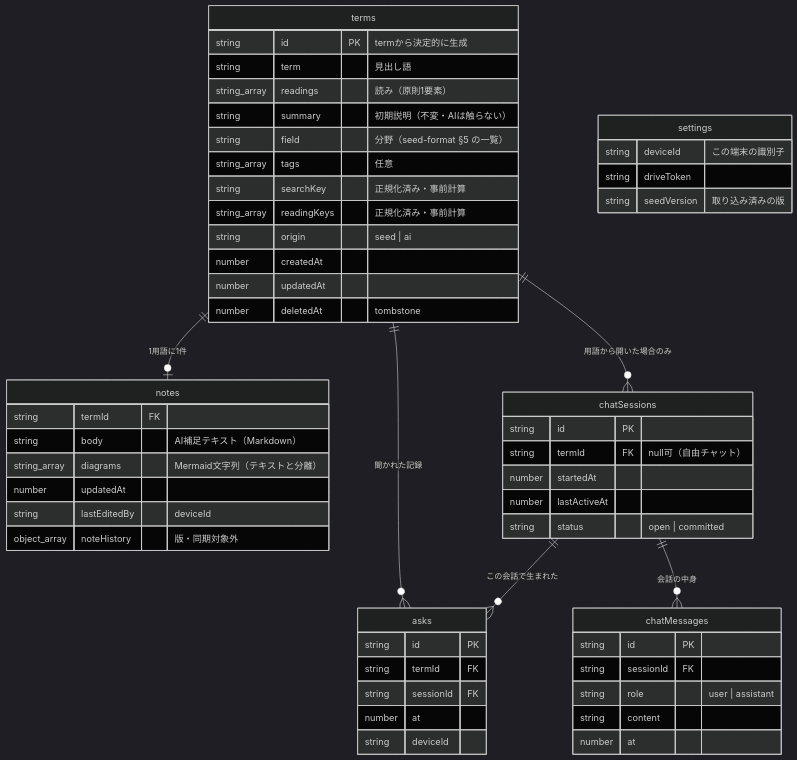
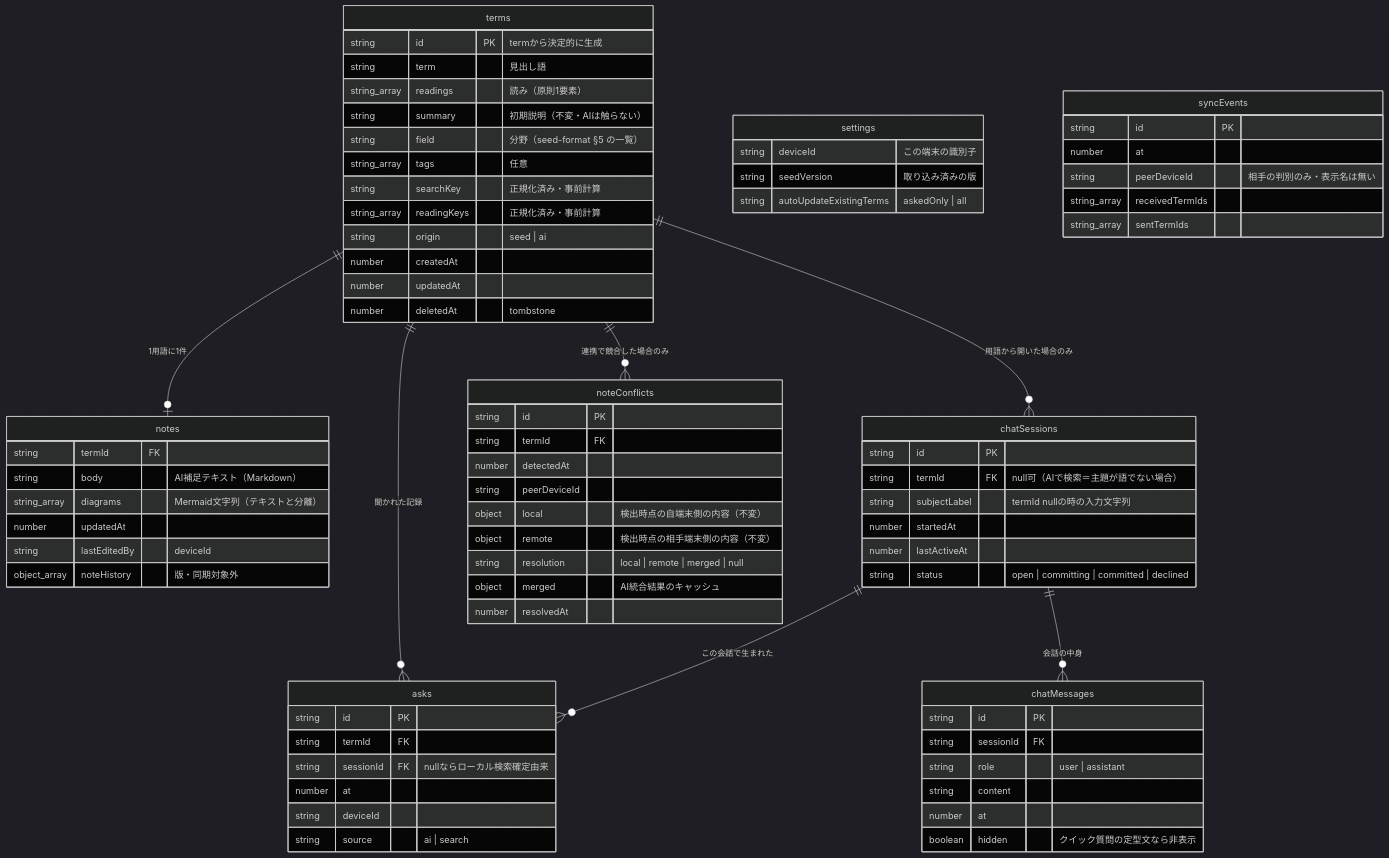
One commit to doryu0-04092/IT-Index changed the second of 8 diagrams in docs/architecture.md. Above: the diagram before and after it, drawn with Mermaid (dark theme). The commit also changed other lines of this file and 229 other files, not shown here.

````diff
--- a/docs/architecture.md
+++ b/docs/architecture.md
@@ -59,6 +74,7 @@
     chatSessions ||--o{ chatMessages : "会話の中身"
     chatSessions ||--o{ asks : "この会話で生まれた"
     terms ||--o{ chatSessions : "用語から開いた場合のみ"
+    terms ||--o{ noteConflicts : "連携で競合した場合のみ"
 
     terms {
         string id PK "termから決定的に生成"
@@ -87,17 +103,19 @@
     asks {
         string id PK
         string termId FK
-        string sessionId FK
+        string sessionId FK "nullならローカル検索確定由来"
         number at
         string deviceId
+        string source "ai | search"
     }
 
     chatSessions {
         string id PK
-        string termId FK "null可（自由チャット）"
+        string termId FK "null可（AIで検索＝主題が語でない場合）"
+        string subjectLabel "termId nullの時の入力文字列"
         number startedAt
         number lastActiveAt
-        string status "open | committed"
+        string status "open | committing | committed | declined"
     }
 
     chatMessages {
@@ -106,11 +124,32 @@
         string role "user | assistant"
         string content
         number at
+        boolean hidden "クイック質問の定型文なら非表示"
     }
 
     settings {
         string deviceId "この端末の識別子"
-        string driveToken
         string seedVersion "取り込み済みの版"
+        string autoUpdateExistingTerms "askedOnly | all"
+    }
+
+    syncEvents {
+        string id PK
+        number at
+        string peerDeviceId "相手の判別のみ・表示名は無い"
+        string_array receivedTermIds
+        string_array sentTermIds
+    }
+
+    noteConflicts {
+        string id PK
+        string termId FK
+        number detectedAt
+        string peerDeviceId
+        object local "検出時点の自端末側の内容（不変）"
+        object remote "検出時点の相手端末側の内容（不変）"
+        string resolution "local | remote | merged | null"
+        object merged "AI統合結果のキャッシュ"
+        number resolvedAt
     }
 ```
````
